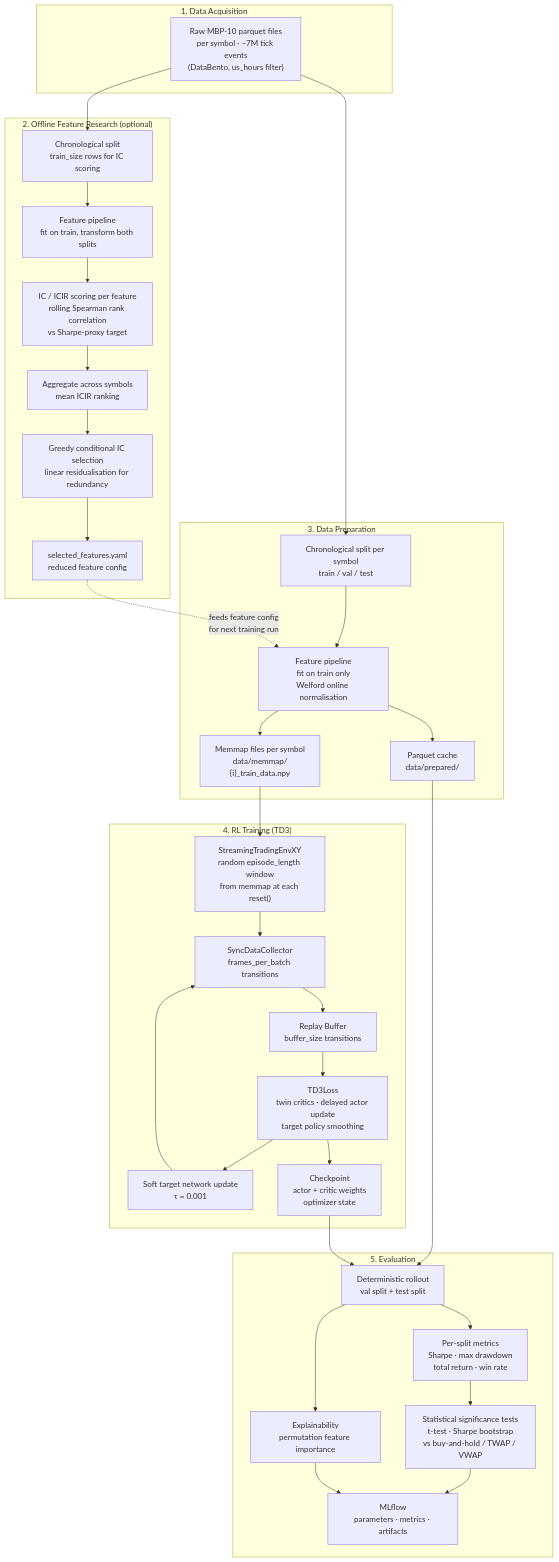
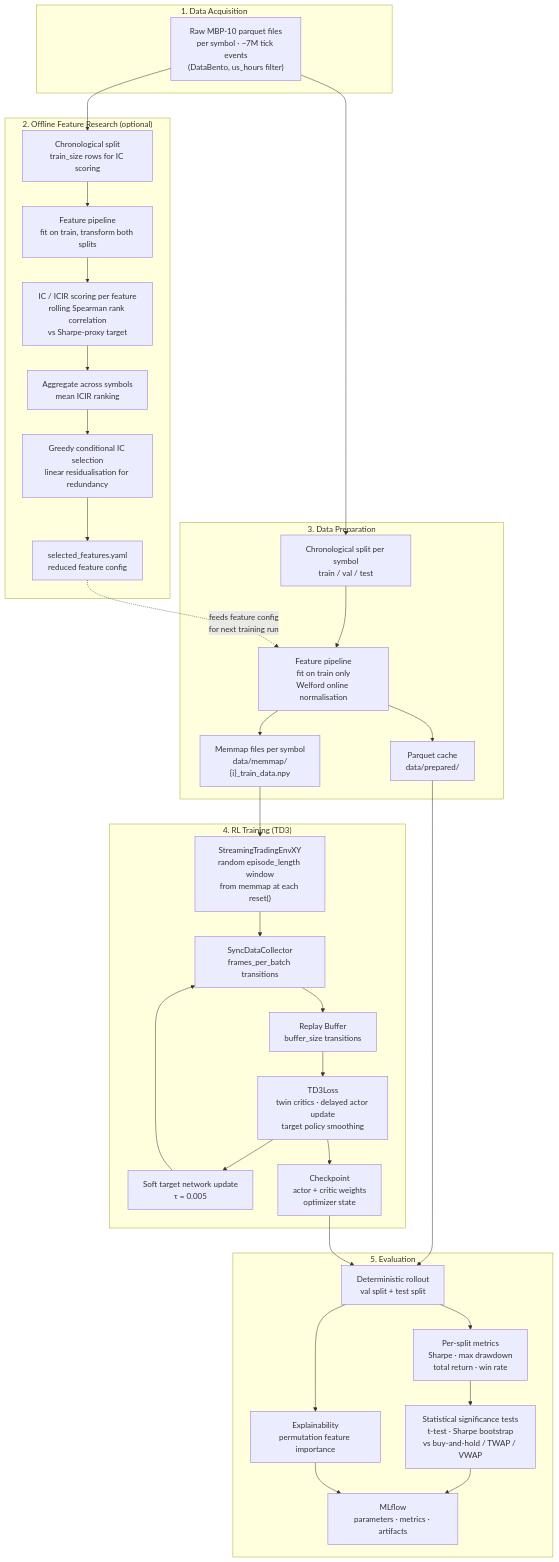
The diagram in docs/overview.md (kwojdalski/masters_thesis), drawn with Mermaid before and after one commit. The commit also changed other lines of this file and 5 other files, not shown here.

````diff
--- a/docs/overview.md
+++ b/docs/overview.md
@@ -5,58 +5,58 @@
 ```mermaid
 flowchart TD
     subgraph ACQUIRE["1. Data Acquisition"]
         PARQUET["Raw MBP-10 parquet files\nper symbol · ~7M tick events\n(DataBento, us_hours filter)"]
     end
 
     subgraph FEATURE_RESEARCH["2. Offline Feature Research (optional)"]
         FR_SPLIT["Chronological split\ntrain_size rows for IC scoring"]
         FR_PIPE["Feature pipeline\nfit on train, transform both splits"]
         FR_IC["IC / ICIR scoring per feature\nrolling Spearman rank correlation\nvs Sharpe-proxy target"]
         FR_AGG["Aggregate across symbols\nmean ICIR ranking"]
         FR_SEL["Greedy conditional IC selection\nlinear residualisation for redundancy"]
         FR_YAML["selected_features.yaml\nreduced feature config"]
 
         FR_SPLIT --> FR_PIPE --> FR_IC --> FR_AGG --> FR_SEL --> FR_YAML
     end
 
     subgraph DATA_PREP["3. Data Preparation"]
         DP_SPLIT["Chronological split per symbol\ntrain / val / test"]
         DP_FIT["Feature pipeline\nfit on train only\nWelford online normalisation"]
         DP_CACHE["Parquet cache\ndata/prepared/"]
         DP_MEM["Memmap files per symbol\ndata/memmap/\n{i}_train_data.npy"]
 
         DP_SPLIT --> DP_FIT --> DP_CACHE
         DP_FIT --> DP_MEM
     end
 
     subgraph TRAIN["4. RL Training (TD3)"]
         ENV["StreamingTradingEnvXY\nrandom episode_length window\nfrom memmap at each reset()"]
         COLLECT["SyncDataCollector\nframes_per_batch transitions"]
         BUFFER["Replay Buffer\nbuffer_size transitions"]
         TD3["TD3Loss\ntwin critics · delayed actor update\ntarget policy smoothing"]
-        SOFT["Soft target network update\nτ = 0.001"]
+        SOFT["Soft target network update\nτ = 0.005"]
         CKPT["Checkpoint\nactor + critic weights\noptimizer state"]
 
         ENV --> COLLECT --> BUFFER --> TD3 --> SOFT
         SOFT --> COLLECT
         TD3 --> CKPT
     end
 
     subgraph EVAL["5. Evaluation"]
         BACKTEST["Deterministic rollout\nval split + test split"]
         METRICS["Per-split metrics\nSharpe · max drawdown\ntotal return · win rate"]
         STATS["Statistical significance tests\nt-test · Sharpe bootstrap\nvs buy-and-hold / TWAP / VWAP"]
         EXPL["Explainability\npermutation feature importance"]
         MLFLOW["MLflow\nparameters · metrics · artifacts"]
 
         BACKTEST --> METRICS --> STATS --> MLFLOW
         BACKTEST --> EXPL --> MLFLOW
     end
 
     PARQUET --> FR_SPLIT
     PARQUET --> DP_SPLIT
     FR_YAML -.->|"feeds feature config\nfor next training run"| DP_FIT
     DP_MEM --> ENV
     DP_CACHE --> BACKTEST
     CKPT --> BACKTEST
 ```
````
